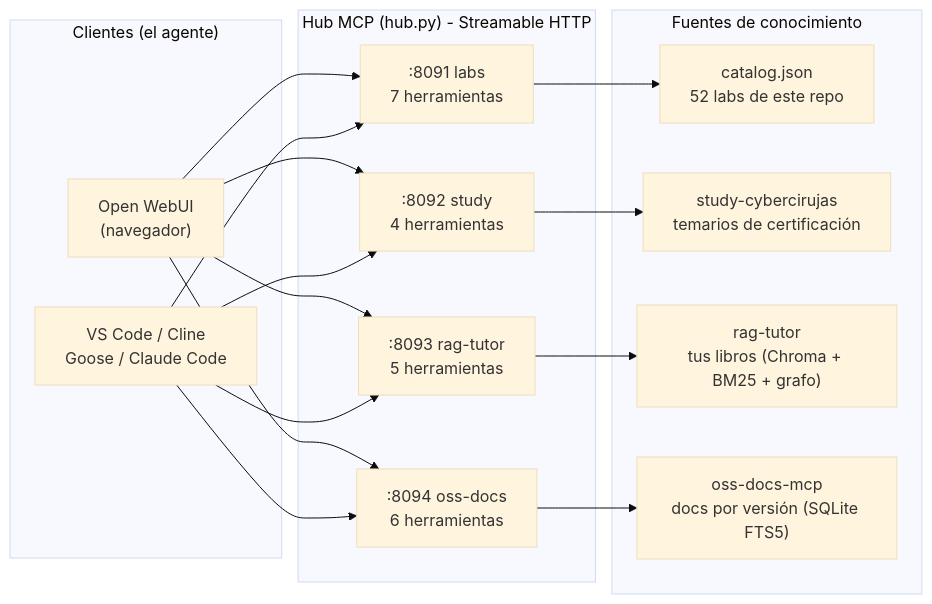
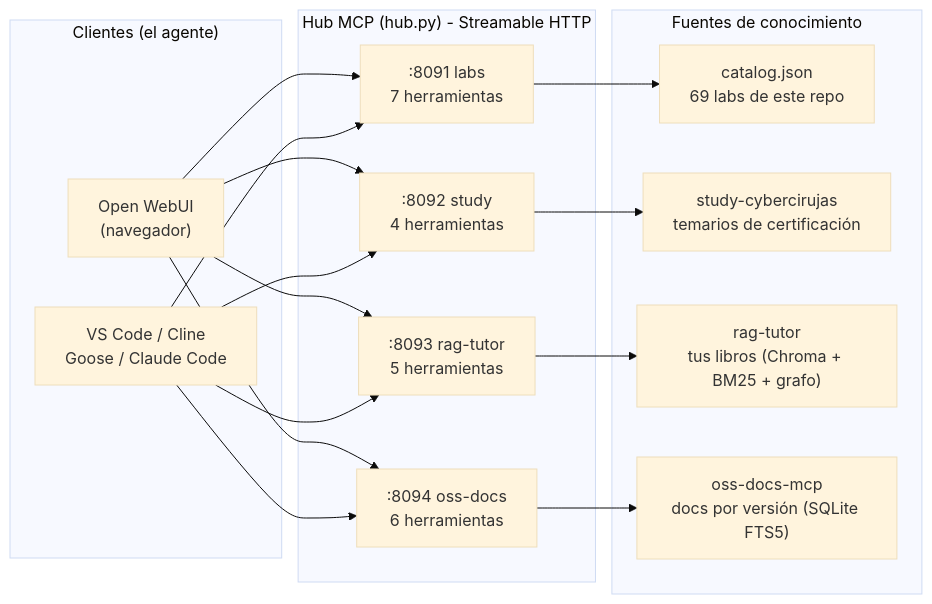
Before and after one commit to villadalmine/labs: the first of 2 diagrams in ai/tutor/GUIA_HUB_MCP.md, drawn with Mermaid (base theme). The commit also changed other lines of this file and 80 other files, not shown here.

````diff
--- a/ai/tutor/GUIA_HUB_MCP.md
+++ b/ai/tutor/GUIA_HUB_MCP.md
@@ -76,28 +76,28 @@
 ```mermaid
 flowchart LR
     subgraph Clientes["Clientes (el agente)"]
         OWUI["Open WebUI\n(navegador)"]
         VSC["VS Code / Cline\nGoose / Claude Code"]
     end
 
     subgraph Hub["Hub MCP (hub.py) - Streamable HTTP"]
         L[":8091 labs\n7 herramientas"]
         S[":8092 study\n4 herramientas"]
         R[":8093 rag-tutor\n5 herramientas"]
         O[":8094 oss-docs\n6 herramientas"]
     end
 
     subgraph Fuentes["Fuentes de conocimiento"]
-        L1["catalog.json\n52 labs de este repo"]
+        L1["catalog.json\n69 labs de este repo"]
         S1["study-cybercirujas\ntemarios de certificación"]
         R1["rag-tutor\ntus libros (Chroma + BM25 + grafo)"]
         O1["oss-docs-mcp\ndocs por versión (SQLite FTS5)"]
     end
 
     OWUI --> L & S & R & O
     VSC --> L & S & R & O
     L --> L1
     S --> S1
     R --> R1
     O --> O1
 ```
````
